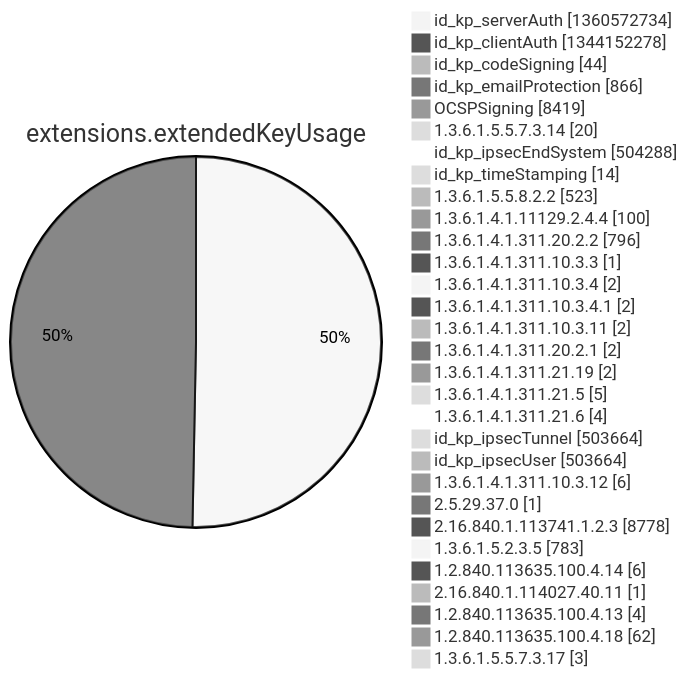
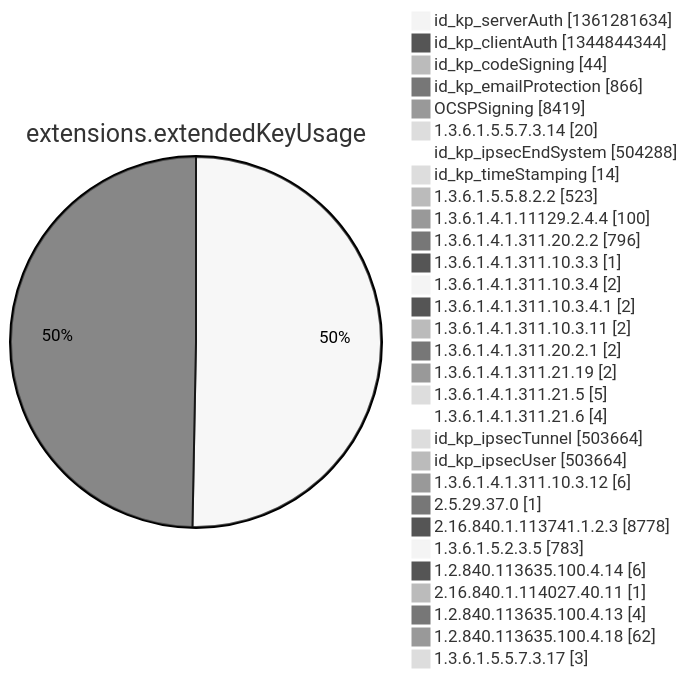
Diagram 12 of 15 in argon2022/README.md (christiankrug/ctmonitor_visualization), drawn with Mermaid (neutral theme) before and after one commit. The commit also changed other lines of this file, not shown here.

````diff
--- a/argon2022/README.md
+++ b/argon2022/README.md
@@ -3553,34 +3553,34 @@
 ```mermaid
 pie showData
 title extensions.extendedKeyUsage
-"id_kp_serverAuth" :1360572734
-"id_kp_clientAuth" :1344152278
+"id_kp_serverAuth" :1361281634
+"id_kp_clientAuth" :1344844344
 "id_kp_codeSigning" :44
 "id_kp_emailProtection" :866
 "OCSPSigning" :8419
 "1.3.6.1.5.5.7.3.14" :20
 "id_kp_ipsecEndSystem" :504288
 "id_kp_timeStamping" :14
 "1.3.6.1.5.5.8.2.2" :523
 "1.3.6.1.4.1.11129.2.4.4" :100
 "1.3.6.1.4.1.311.20.2.2" :796
 "1.3.6.1.4.1.311.10.3.3" :1
 "1.3.6.1.4.1.311.10.3.4" :2
 "1.3.6.1.4.1.311.10.3.4.1" :2
 "1.3.6.1.4.1.311.10.3.11" :2
 "1.3.6.1.4.1.311.20.2.1" :2
 "1.3.6.1.4.1.311.21.19" :2
 "1.3.6.1.4.1.311.21.5" :5
 "1.3.6.1.4.1.311.21.6" :4
 "id_kp_ipsecTunnel" :503664
 "id_kp_ipsecUser" :503664
 "1.3.6.1.4.1.311.10.3.12" :6
 "2.5.29.37.0" :1
 "2.16.840.1.113741.1.2.3" :8778
 "1.3.6.1.5.2.3.5" :783
 "1.2.840.113635.100.4.14" :6
 "2.16.840.1.114027.40.11" :1
 "1.2.840.113635.100.4.13" :4
 "1.2.840.113635.100.4.18" :62
 "1.3.6.1.5.5.7.3.17" :3
 ```
````
